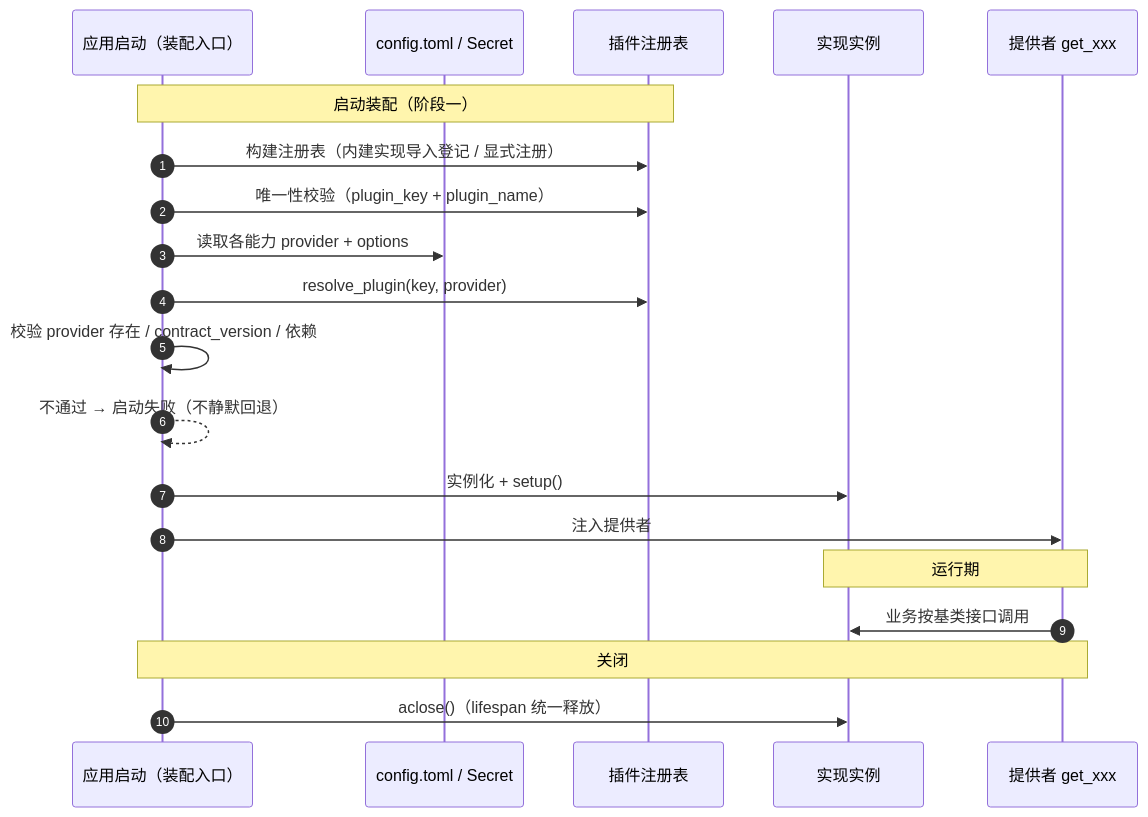
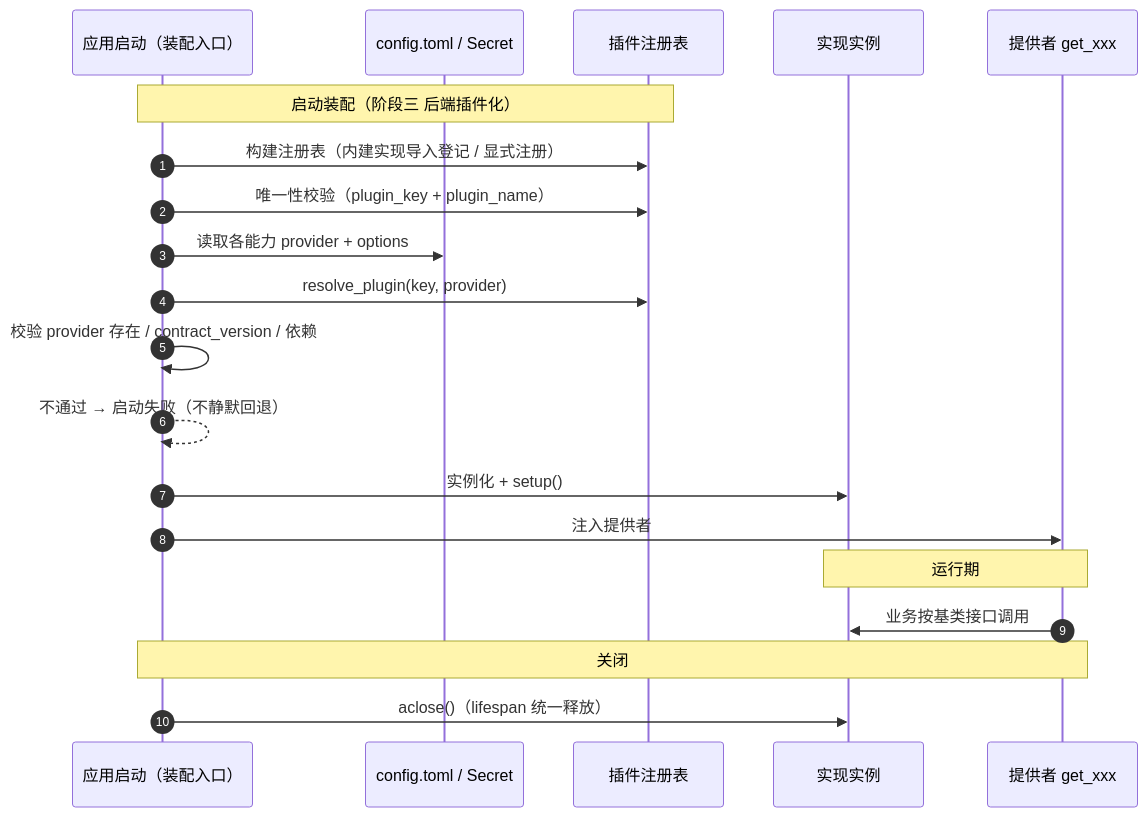
Before and after one commit to minjian123/basic-management-system: the diagram in bms文档/设计/概要设计/37_概要设计_后端插件化.md, drawn with Mermaid. The commit also changed other lines of this file and 43 other files, not shown here.

````diff
--- a/bms文档/设计/概要设计/37_概要设计_后端插件化.md
+++ b/bms文档/设计/概要设计/37_概要设计_后端插件化.md
@@ -48,23 +48,23 @@
 ```mermaid
 sequenceDiagram
     autonumber
     participant App as 应用启动（装配入口）
     participant Cfg as config.toml / Secret
     participant Reg as 插件注册表
     participant Impl as 实现实例
     participant Get as 提供者 get_xxx
 
-    Note over App,Reg: 启动装配（阶段一）
+    Note over App,Reg: 启动装配（阶段三 后端插件化）
     App->>Reg: 构建注册表（内建实现导入登记 / 显式注册）
     App->>Reg: 唯一性校验（plugin_key + plugin_name）
     App->>Cfg: 读取各能力 provider + options
     App->>Reg: resolve_plugin(key, provider)
     App->>App: 校验 provider 存在 / contract_version / 依赖
     App-->>App: 不通过 → 启动失败（不静默回退）
     App->>Impl: 实例化 + setup()
     App->>Get: 注入提供者
     Note over Get,Impl: 运行期
     Get->>Impl: 业务按基类接口调用
     Note over App,Get: 关闭
     App->>Impl: aclose()（lifespan 统一释放）
 ```
````
